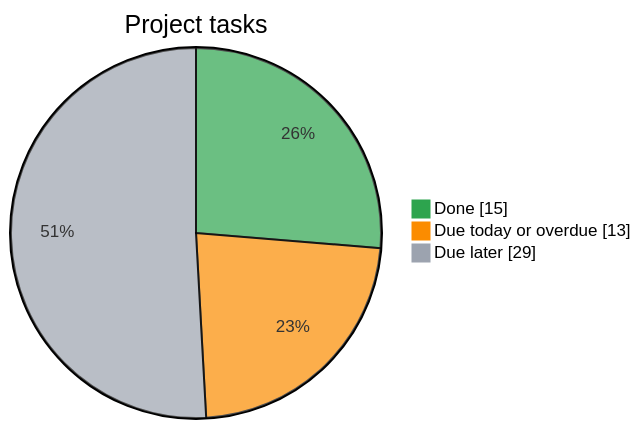
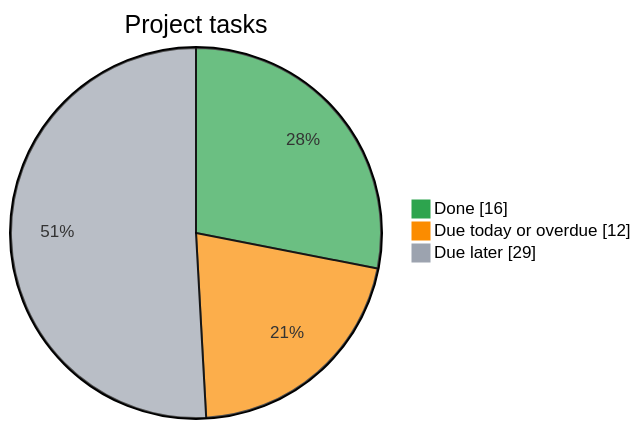
One commit to Kr1sKros/IKT466-Corporate-Bankruptcy-Predictor changed the diagram in README.md. Above: the diagram before and after it, drawn with Mermaid. The commit also changed other lines of this file, not shown here.

Commit message:
docs: refresh task dashboard

````diff
--- a/README.md
+++ b/README.md
@@ -8,8 +8,8 @@
 ```mermaid
 %%{init: {"themeVariables": {"pie1": "#2da44e", "pie2": "#fb8c00", "pie3": "#9ca3af"}}}%%
 pie showData
     title Project tasks
-    "Done" : 15
-    "Due today or overdue" : 13
+    "Done" : 16
+    "Due today or overdue" : 12
     "Due later" : 29
 ```
````
